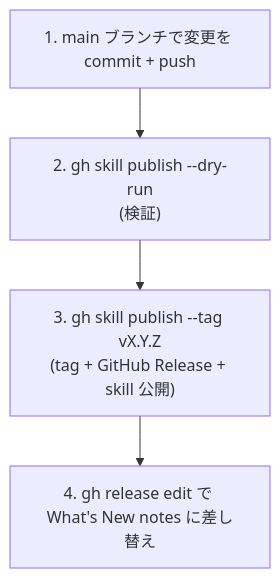
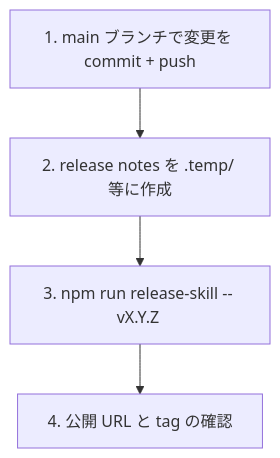
The diagram in docs/design/development.md (oubakiou/skills), drawn with Mermaid before and after one commit. The commit also changed other lines of this file and 2 other files, not shown here.

Commit message:
Add skill release automation

````diff
--- a/docs/design/development.md
+++ b/docs/design/development.md
@@ -122,6 +123,6 @@
 ```mermaid
 flowchart TD
-    A["1. main ブランチで変更を commit + push"] --> B["2. gh skill publish --dry-run<br/>(検証)"]
-    B --> C["3. gh skill publish --tag vX.Y.Z<br/>(tag + GitHub Release + skill 公開)"]
-    C --> D["4. gh release edit で What's New notes に差し替え"]
+    A["1. main ブランチで変更を commit + push"] --> B["2. release notes を .temp/ 等に作成"]
+    B --> C["3. npm run release-skill -- vX.Y.Z <notes.md>"]
+    C --> D["4. 公開 URL と tag の確認"]
 ```
````
